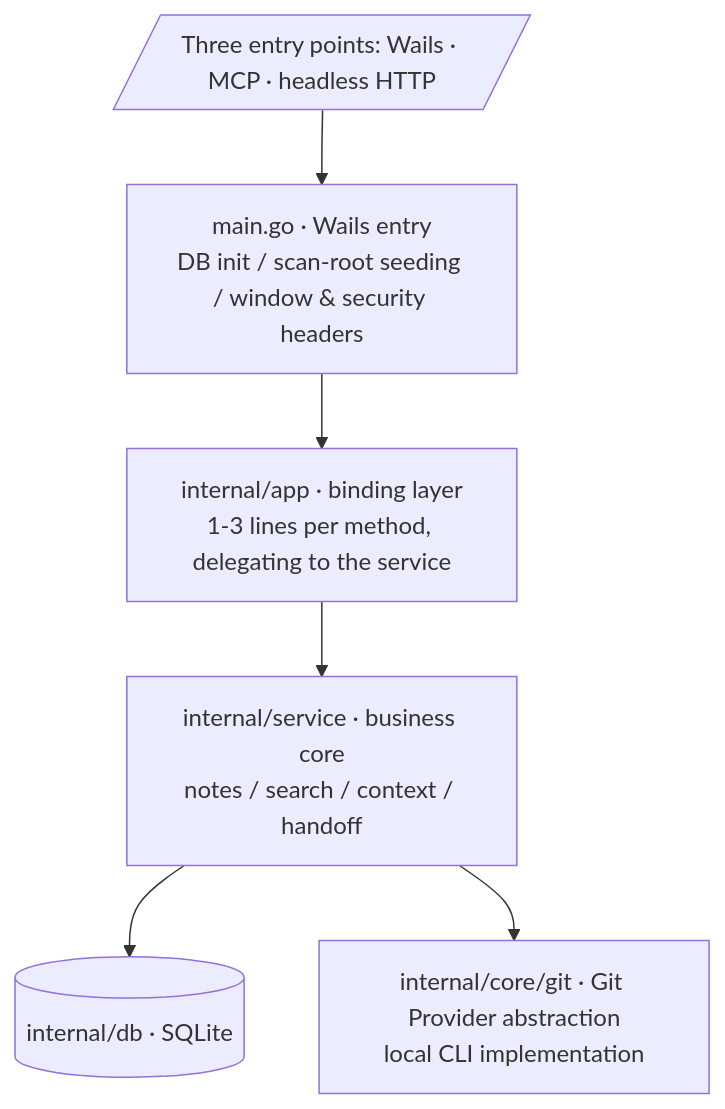
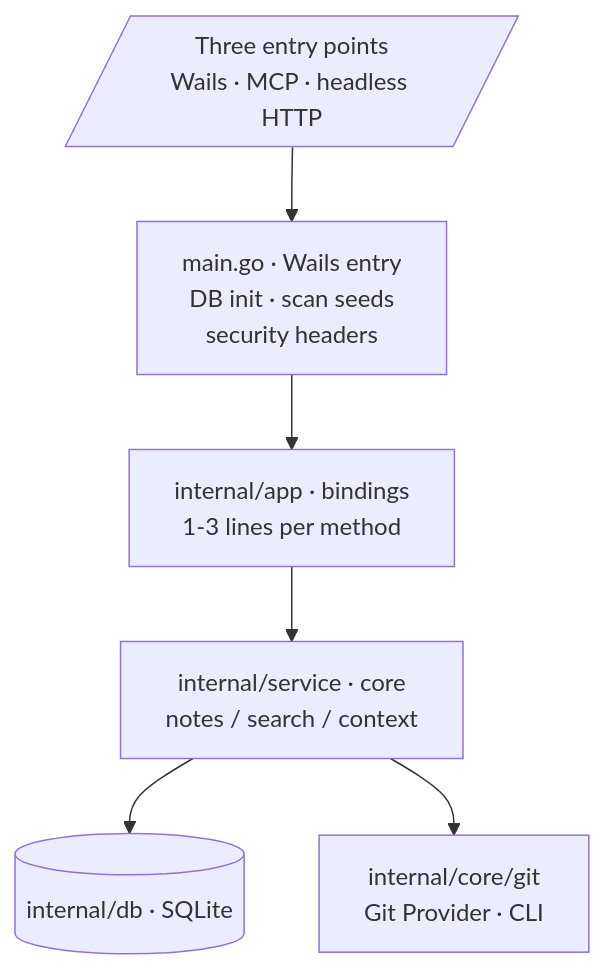
One commit to sky-jiangcheng/RepoNest changed the first of 4 diagrams in docs/en/architecture.md. Above: the diagram before and after it, drawn with Mermaid. The commit also changed other lines of this file and 14 other files, not shown here.

First line of the commit message:
docs(diagrams): 全站 mermaid 图重构 — 告别'宽扁香肠'布局

````diff
--- a/docs/en/architecture.md
+++ b/docs/en/architecture.md
@@ -16,12 +16,12 @@
 ```mermaid
 flowchart TB
-    ENTRY[/"Three entry points: Wails · MCP · headless HTTP"/]
-    MAIN[main.go · Wails entry<br/>DB init / scan-root seeding / window & security headers]
-    APP[internal/app · binding layer<br/>1-3 lines per method, delegating to the service]
-    SVC[internal/service · business core<br/>notes / search / context / handoff]
+    ENTRY[/"Three entry points<br/>Wails · MCP · headless HTTP"/]
+    MAIN["main.go · Wails entry<br/>DB init · scan seeds<br/>security headers"]
+    APP["internal/app · bindings<br/>1-3 lines per method"]
+    SVC["internal/service · core<br/>notes / search / context"]
     DB[(internal/db · SQLite)]
-    GIT[internal/core/git · Git Provider abstraction<br/>local CLI implementation]
+    GIT["internal/core/git<br/>Git Provider · CLI"]
     ENTRY --> MAIN --> APP --> SVC
     SVC --> DB
     SVC --> GIT
 ```
````
